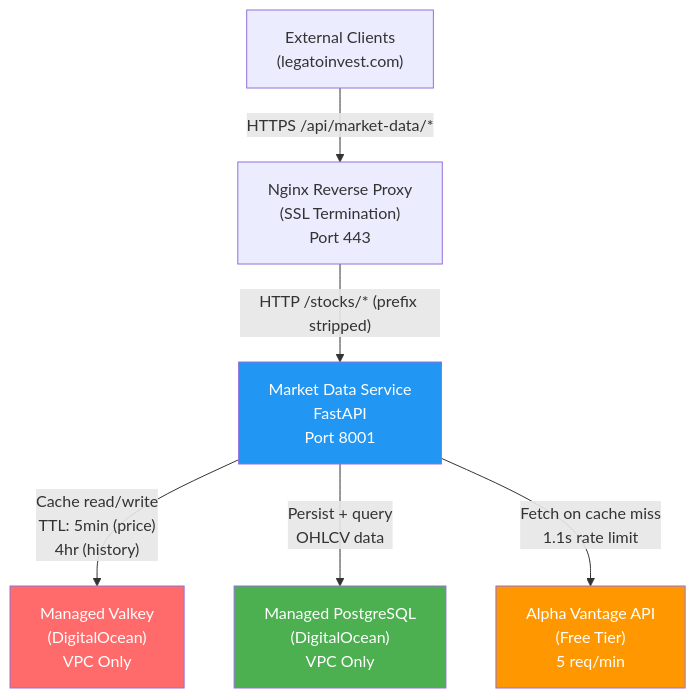
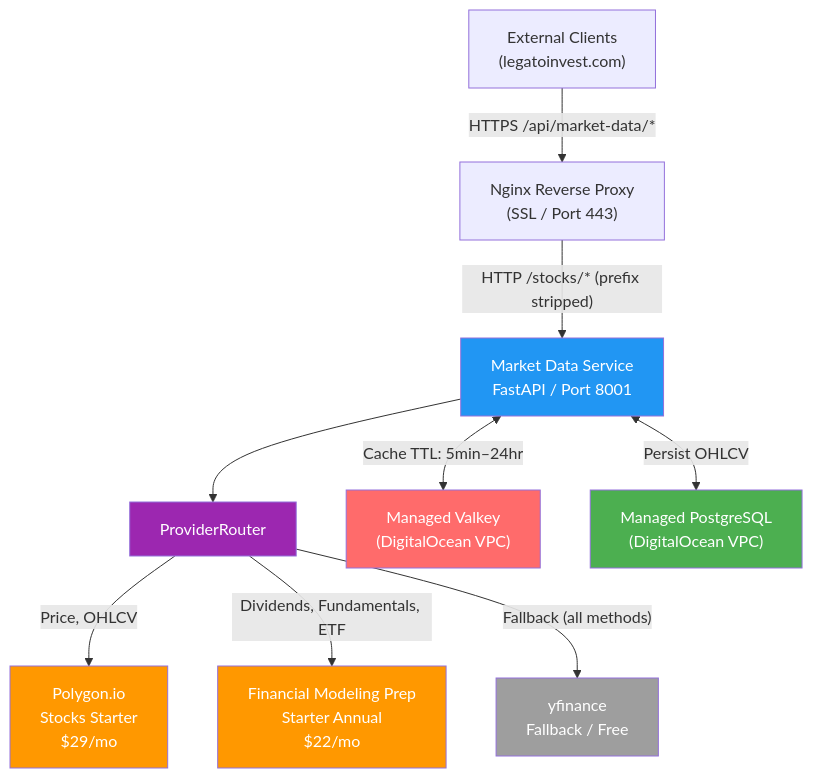
Before and after one commit to AlbertoDBP/Agentic: the first of 3 diagrams in income-platform/documentation/deployment/reference-architecture.md, drawn with Mermaid. The commit also changed other lines of this file and 4 other files, not shown here.

````diff
--- a/income-platform/documentation/deployment/reference-architecture.md
+++ b/income-platform/documentation/deployment/reference-architecture.md
@@ -16,20 +16,29 @@
 ```mermaid
 graph TB
     Client["External Clients\n(legatoinvest.com)"]
-    Nginx["Nginx Reverse Proxy\n(SSL Termination)\nPort 443"]
-    MDS["Market Data Service\nFastAPI\nPort 8001"]
-    AV["Alpha Vantage API\n(Free Tier)\n5 req/min"]
-    Valkey["Managed Valkey\n(DigitalOcean)\nVPC Only"]
-    PG["Managed PostgreSQL\n(DigitalOcean)\nVPC Only"]
+    Nginx["Nginx Reverse Proxy\n(SSL / Port 443)"]
+    MDS["Market Data Service\nFastAPI / Port 8001"]
+    Router["ProviderRouter"]
+    Polygon["Polygon.io\nStocks Starter\n$29/mo"]
+    FMP["Financial Modeling Prep\nStarter Annual\n$22/mo"]
+    YF["yfinance\nFallback / Free"]
+    Valkey["Managed Valkey\n(DigitalOcean VPC)"]
+    PG["Managed PostgreSQL\n(DigitalOcean VPC)"]
 
     Client -->|"HTTPS /api/market-data/*"| Nginx
     Nginx -->|"HTTP /stocks/* (prefix stripped)"| MDS
-    MDS -->|"Cache read/write\nTTL: 5min (price)\n4hr (history)"| Valkey
-    MDS -->|"Persist + query\nOHLCV data"| PG
-    MDS -->|"Fetch on cache miss\n1.1s rate limit"| AV
+    MDS --> Router
+    Router -->|"Price, OHLCV"| Polygon
+    Router -->|"Dividends, Fundamentals, ETF"| FMP
+    Router -->|"Fallback (all methods)"| YF
+    MDS <-->|"Cache TTL: 5min–24hr"| Valkey
+    MDS <-->|"Persist OHLCV"| PG
 
     style MDS fill:#2196F3,color:#fff
+    style Router fill:#9C27B0,color:#fff
+    style Polygon fill:#FF9800,color:#fff
+    style FMP fill:#FF9800,color:#fff
+    style YF fill:#9E9E9E,color:#fff
     style Valkey fill:#FF6B6B,color:#fff
     style PG fill:#4CAF50,color:#fff
-    style AV fill:#FF9800,color:#fff
 ```
````
